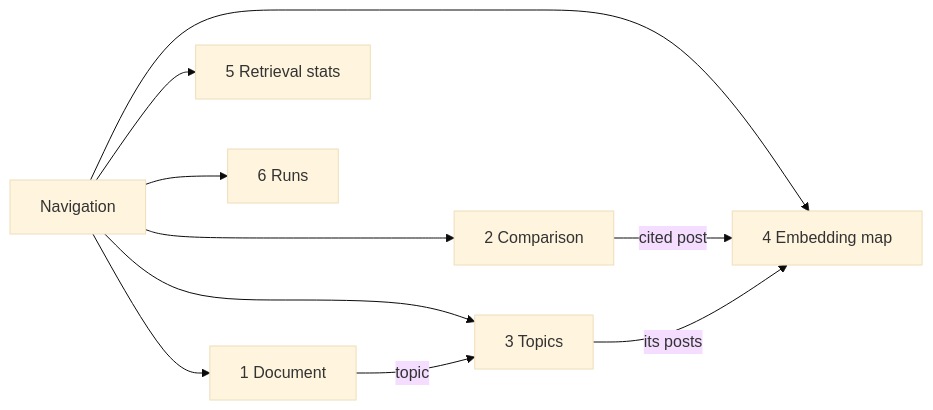
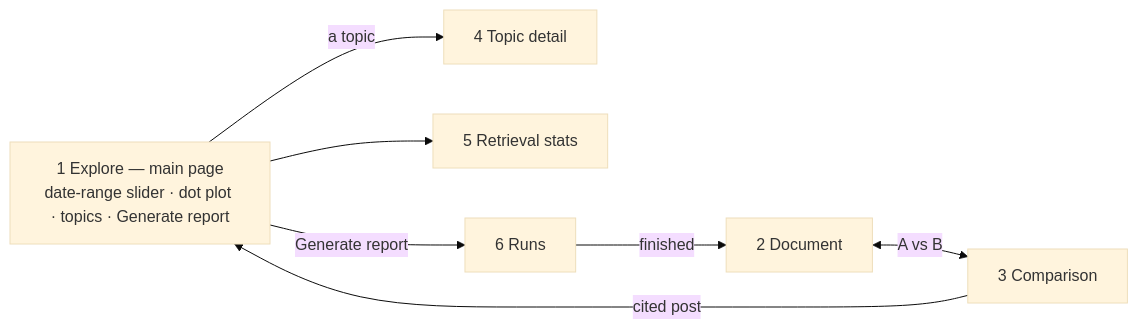
One commit to brianaderer/transcendent changed the diagram in docs/atlas/30-frontend/31-screens.md. Above: the diagram before and after it, drawn with Mermaid (base theme). The commit also changed other lines of this file and 2 other files, not shown here.

Commit message:
Atlas: 31 (draft) date-slider Explore page with dot plot and Generate report (OPEN-17 resolved)

````diff
--- a/docs/atlas/30-frontend/31-screens.md
+++ b/docs/atlas/30-frontend/31-screens.md
@@ -10,19 +10,15 @@
 ```mermaid
 flowchart LR
-    NAV["Navigation"]
-    DOC["1 Document"]
-    CMP["2 Comparison"]
-    TOP["3 Topics"]
-    MAP["4 Embedding map"]
+    MAIN["1 Explore — main page<br/>date-range slider · dot plot · topics · Generate report"]
+    DOC["2 Document"]
+    CMP["3 Comparison"]
+    TOP["4 Topic detail"]
     STA["5 Retrieval stats"]
     RUN["6 Runs"]
-    NAV --> DOC
-    NAV --> CMP
-    NAV --> TOP
-    NAV --> MAP
-    NAV --> STA
-    NAV --> RUN
-    DOC -->|"topic"| TOP
-    CMP -->|"cited post"| MAP
-    TOP -->|"its posts"| MAP
+    MAIN -->|"Generate report"| RUN
+    RUN -->|"finished"| DOC
+    DOC <-->|"A vs B"| CMP
+    MAIN -->|"a topic"| TOP
+    CMP -->|"cited post"| MAIN
+    MAIN --> STA
 ```
````
